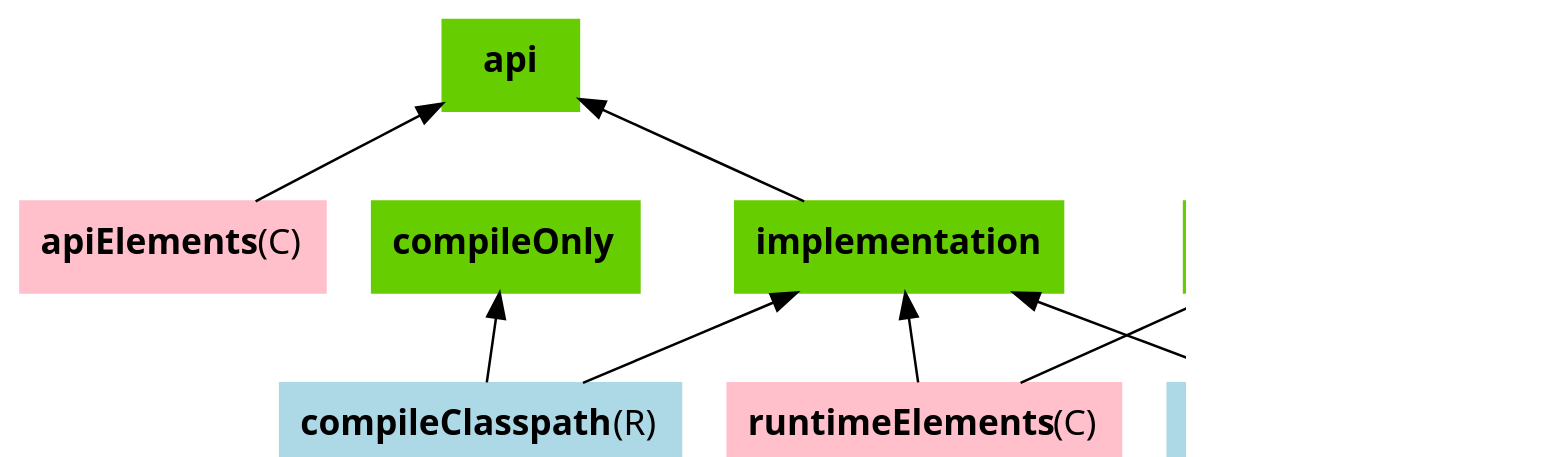
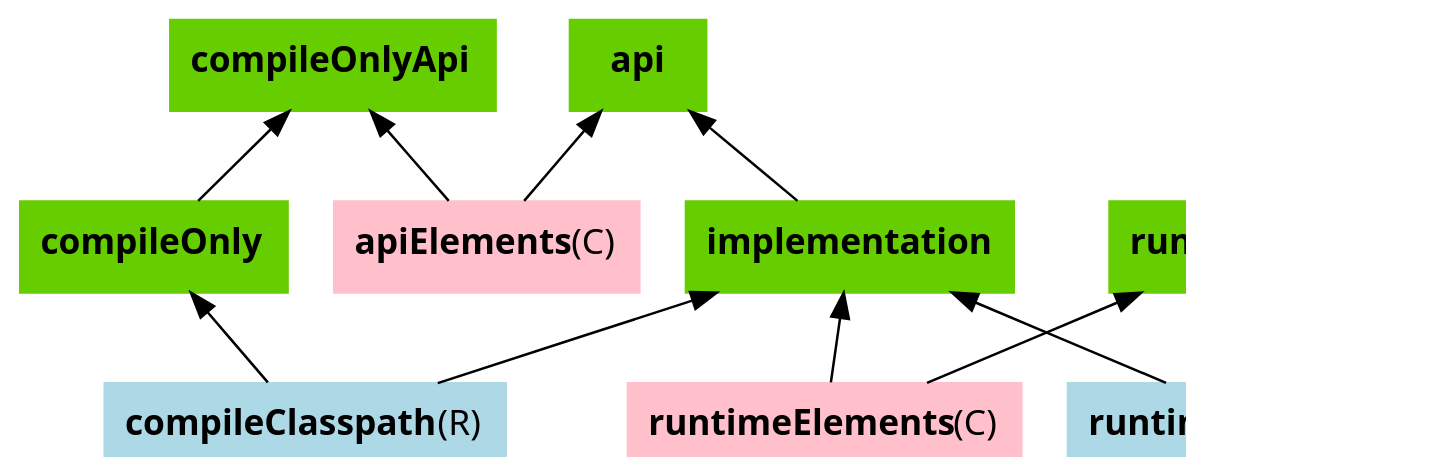
The diagram in subprojects/docs-zh/src/docs/userguide/img/java-library-ignore-deprecated-main.dot (cwiki-us-gradle/gradle), drawn with Graphviz before and after one commit. The commit also changed 587 other files, not shown here.

```diff
--- a/subprojects/docs-zh/src/docs/userguide/img/java-library-ignore-deprecated-main.dot
+++ b/subprojects/docs-zh/src/docs/userguide/img/java-library-ignore-deprecated-main.dot
@@ -1,27 +1,30 @@
 digraph configurations {
     rankdir = BT;
    graph [ dpi = 100, fontname="Sans"];
    node [fontname = "Sans"];
    edge [fontname = "Sans"];
 
    "apiElements" [shape="box", label=<<B>apiElements</B>(C)>, color="pink", bgcolor="pink", style="filled"]
    "apiElements" -> "api"
+   "apiElements" -> "compileOnlyApi"
 
    "api" [shape="box", label=<<B>api</B>>, color="chartreuse3", bgcolor="chartreuse3", style="filled"]
+   "compileOnlyApi" [shape="box", label=<<B>compileOnlyApi</B>>, color="chartreuse3", bgcolor="chartreuse3", style="filled"]
 
    "compileClasspath" [shape="box", label=<<B>compileClasspath</B>(R)>, color="lightblue", bgcolor="lightblue", style="filled"]
    "compileClasspath" -> "compileOnly"
    "compileOnly" [shape="box", label=<<B>compileOnly</B>>, color="chartreuse3", bgcolor="chartreuse3", style="filled"]
+   "compileOnly" -> "compileOnlyApi"
    "compileClasspath" -> "implementation"
    "implementation" [shape="box", label=<<B>implementation</B>>, color="chartreuse3", bgcolor="chartreuse3", style="filled"]
    "implementation" -> "api"
 
    "runtimeClasspath" [shape="box", label=<<B>runtimeClasspath</B>(R)>, color="lightblue", bgcolor="lightblue", style="filled"]
    "runtimeClasspath" -> "runtimeOnly"
    "runtimeOnly" [shape="box", label=<<B>runtimeOnly</B>>, color="chartreuse3", bgcolor="chartreuse3", style="filled"]
    "runtimeClasspath" -> "implementation"
    "runtimeElements" [shape="box", label=<<B>runtimeElements</B>(C)>, color="pink", bgcolor="pink", style="filled"]
    "runtimeElements" -> "implementation"
    "runtimeElements" -> "runtimeOnly"
 
 }
```
